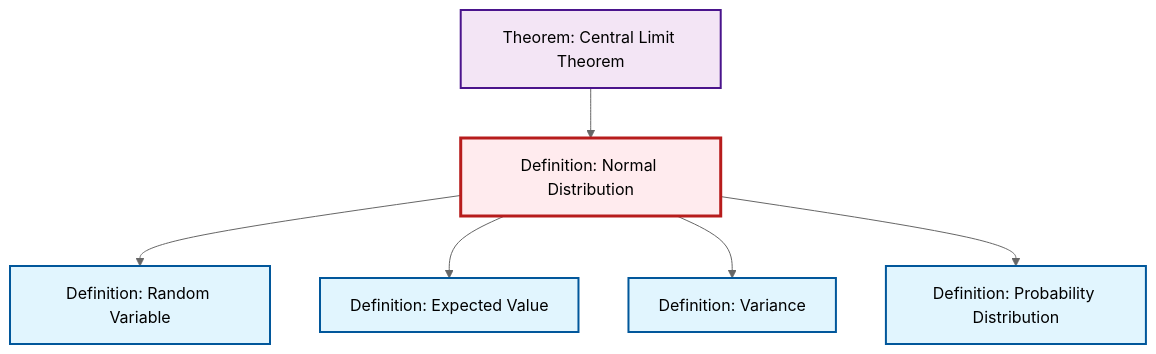
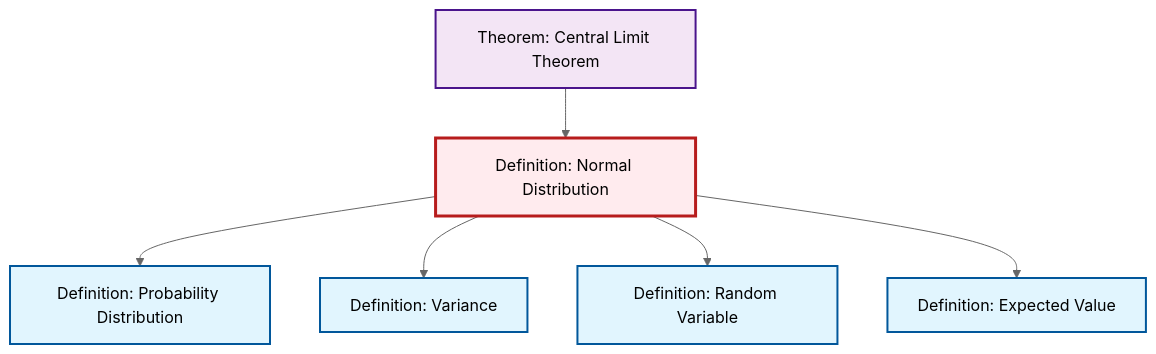
One commit to RK0429/ModernMath changed the diagram in content/en/probability-statistics/def-normal-distribution.qmd. Above: the diagram before and after it, drawn with Mermaid (neutral theme). The commit also changed other lines of this file and 1012 other files, not shown here.

````diff
--- a/content/en/probability-statistics/def-normal-distribution.qmd
+++ b/content/en/probability-statistics/def-normal-distribution.qmd
@@ -129,26 +129,26 @@
 ```{mermaid}
 %%| fig-cap: "Local dependency graph"
 graph TD
     classDef definition fill:#e1f5fe,stroke:#01579b,stroke-width:2px
     classDef theorem fill:#f3e5f5,stroke:#4a148c,stroke-width:2px
     classDef axiom fill:#fff3e0,stroke:#e65100,stroke-width:2px
     classDef example fill:#e8f5e9,stroke:#1b5e20,stroke-width:2px
     classDef current fill:#ffebee,stroke:#b71c1c,stroke-width:3px
+    def-probability-distribution["Definition: Probability Distribution"]:::definition
     def-expectation["Definition: Expected Value"]:::definition
+    def-random-variable["Definition: Random Variable"]:::definition
+    def-normal-distribution["Definition: Normal Distribution"]:::definition
     thm-central-limit["Theorem: Central Limit Theorem"]:::theorem
-    def-random-variable["Definition: Random Variable"]:::definition
     def-variance["Definition: Variance"]:::definition
-    def-probability-distribution["Definition: Probability Distribution"]:::definition
-    def-normal-distribution["Definition: Normal Distribution"]:::definition
+    def-normal-distribution --> def-probability-distribution
+    def-normal-distribution --> def-variance
     def-normal-distribution --> def-random-variable
     def-normal-distribution --> def-expectation
-    def-normal-distribution --> def-variance
-    def-normal-distribution --> def-probability-distribution
     thm-central-limit --> def-normal-distribution
     class def-normal-distribution current
+    click def-probability-distribution "def-probability-distribution.html" "Go to Probability Distribution definition"
     click def-expectation "def-expectation.html" "Go to Expected Value definition"
+    click def-random-variable "def-random-variable.html" "Go to Random Variable definition"
     click thm-central-limit "thm-central-limit.html" "Go to Central Limit Theorem theorem"
-    click def-random-variable "def-random-variable.html" "Go to Random Variable definition"
     click def-variance "def-variance.html" "Go to Variance definition"
-    click def-probability-distribution "def-probability-distribution.html" "Go to Probability Distribution definition"
 ```
````
